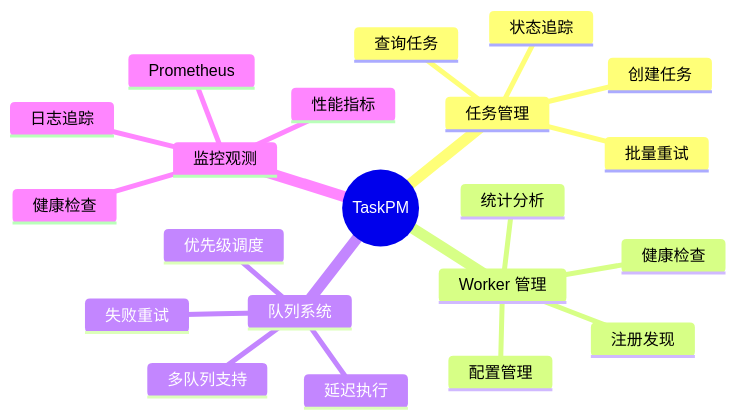
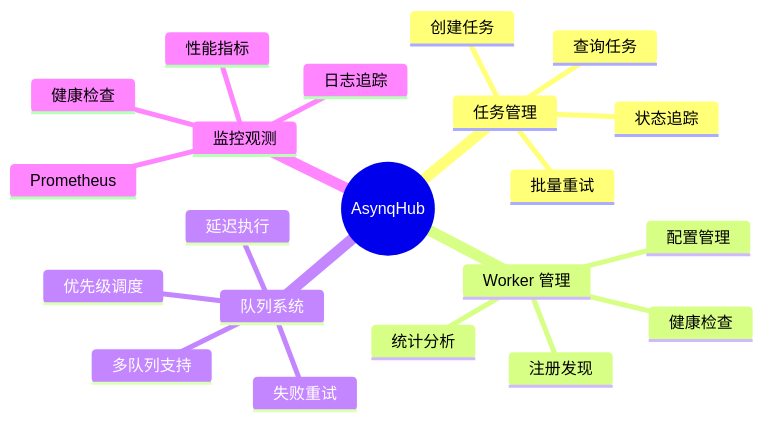
The first of 11 diagrams in docs/ARCHITECTURE.md (azhengyongqin/asynq-hub), drawn with Mermaid before and after one commit. The commit also changed other lines of this file and 54 other files, not shown here.

````diff
--- a/docs/ARCHITECTURE.md
+++ b/docs/ARCHITECTURE.md
@@ -32,24 +32,24 @@
 ```mermaid
 mindmap
-  root((TaskPM))
+  root((AsynqHub))
     任务管理
       创建任务
       查询任务
       批量重试
       状态追踪
     Worker 管理
       注册发现
       健康检查
       配置管理
       统计分析
     队列系统
       多队列支持
       优先级调度
       延迟执行
       失败重试
     监控观测
       Prometheus
       健康检查
       日志追踪
       性能指标
 ```
````
